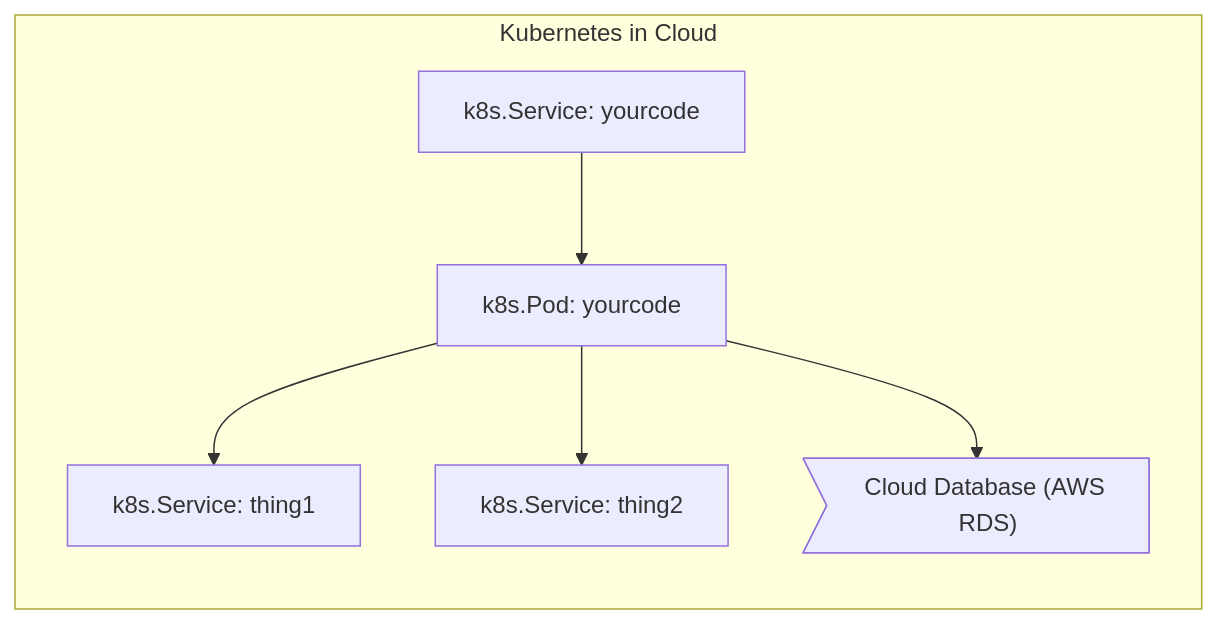
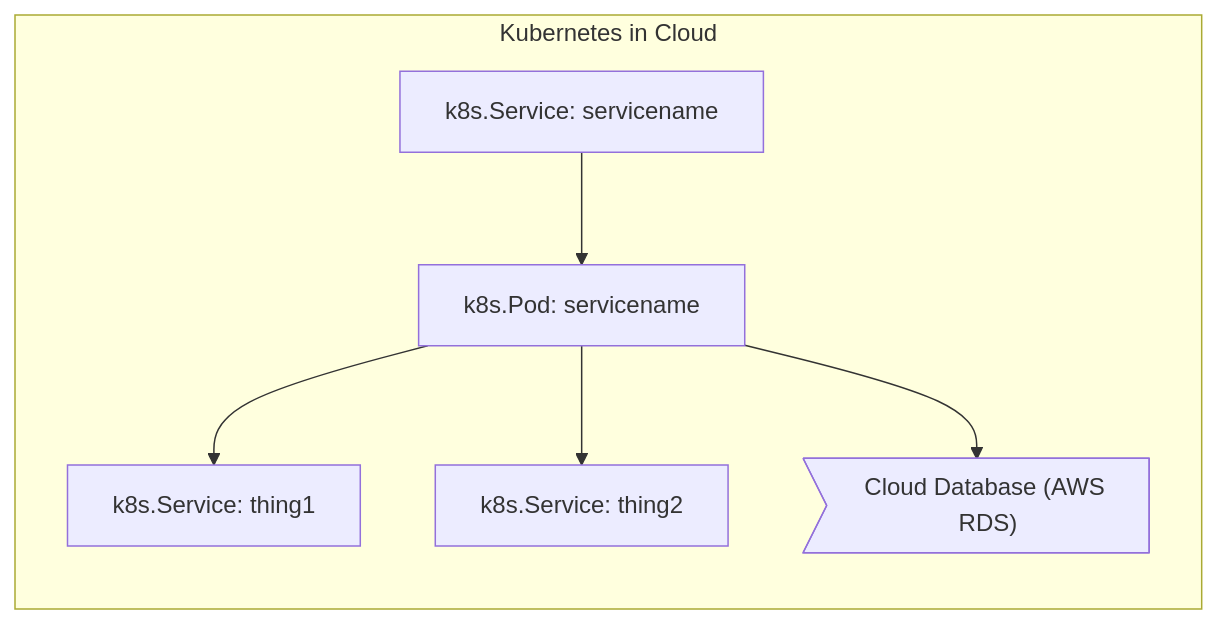
One commit to telepresenceio/telepresence.io changed the first of 2 diagrams in index.md. Above: the diagram before and after it, drawn with Mermaid. The commit also changed other lines of this file, not shown here.

Commit message:
(from tel1) Rename 'yourcode' to 'servicename', to be clearer about what it is.

```diff
--- a/index.md
+++ b/index.md
@@ -18,10 +18,10 @@
 <div class="mermaid">
 graph LR
   subgraph Kubernetes in Cloud
-    code["k8s.Pod: yourcode"]
-    s1["k8s.Service: yourcode"]-->code
+    code["k8s.Pod: servicename"]
+    s1["k8s.Service: servicename"]-->code
     code-->s2["k8s.Service: thing1"]
     code-->s3["k8s.Service: thing2"]
     code-->c1>"Cloud Database (AWS RDS)"]
   end
 </div>
```
